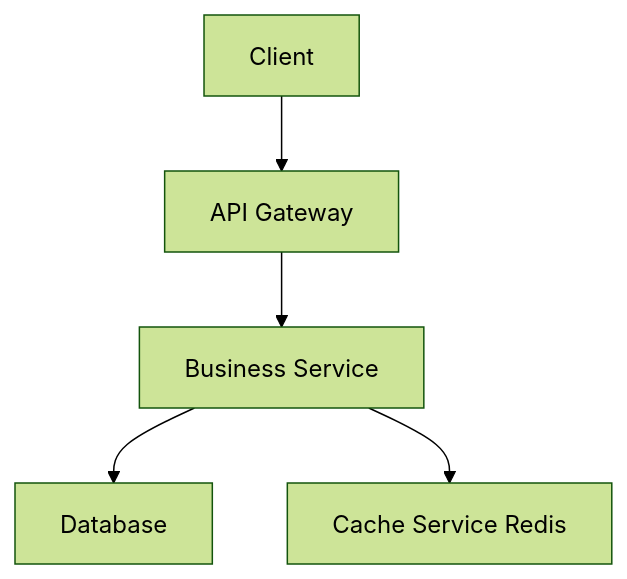
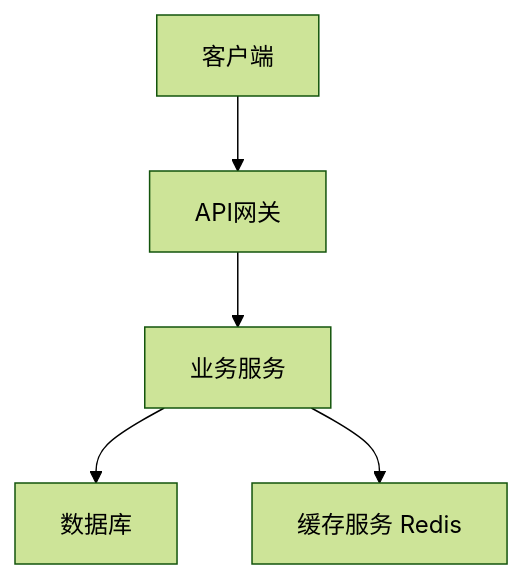
Before and after one commit to Stonelukas/stash-userscripts: the first of 3 diagrams in .claude/agents/kfc/spec-design.md, drawn with Mermaid (forest theme). The commit also changed other lines of this file and 25 other files, not shown here.

````diff
--- a/.claude/agents/kfc/spec-design.md
+++ b/.claude/agents/kfc/spec-design.md
@@ -65,7 +65,7 @@
 ```mermaid
 graph TB
-    A[Client] --> B[API Gateway]
-    B --> C[Business Service]
-    C --> D[Database]
-    C --> E[Cache Service Redis]
+    A[客户端] --> B[API网关]
+    B --> C[业务服务]
+    C --> D[数据库]
+    C --> E[缓存服务 Redis]
 ```
````
